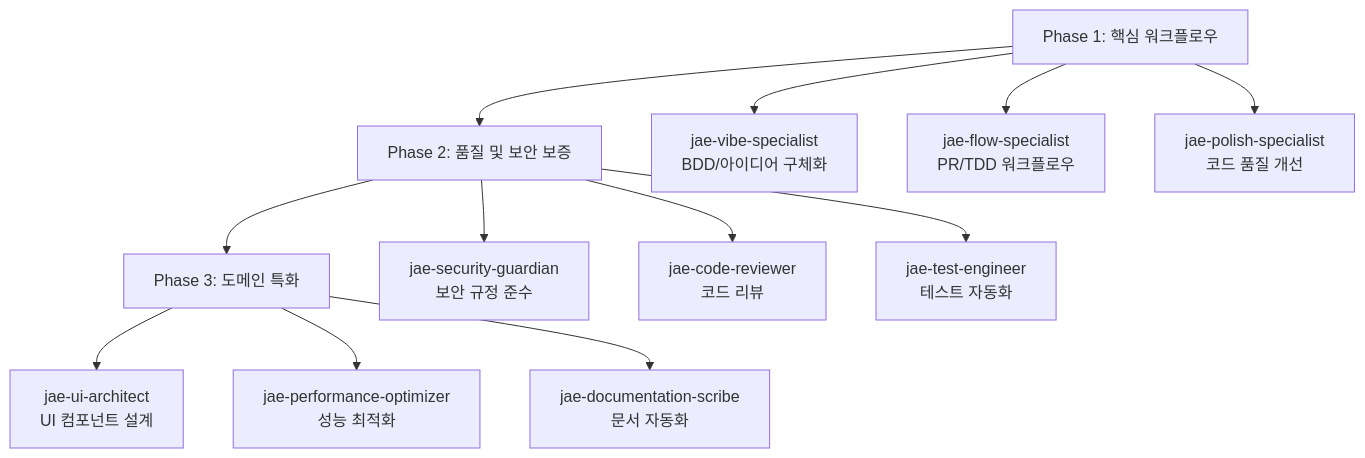
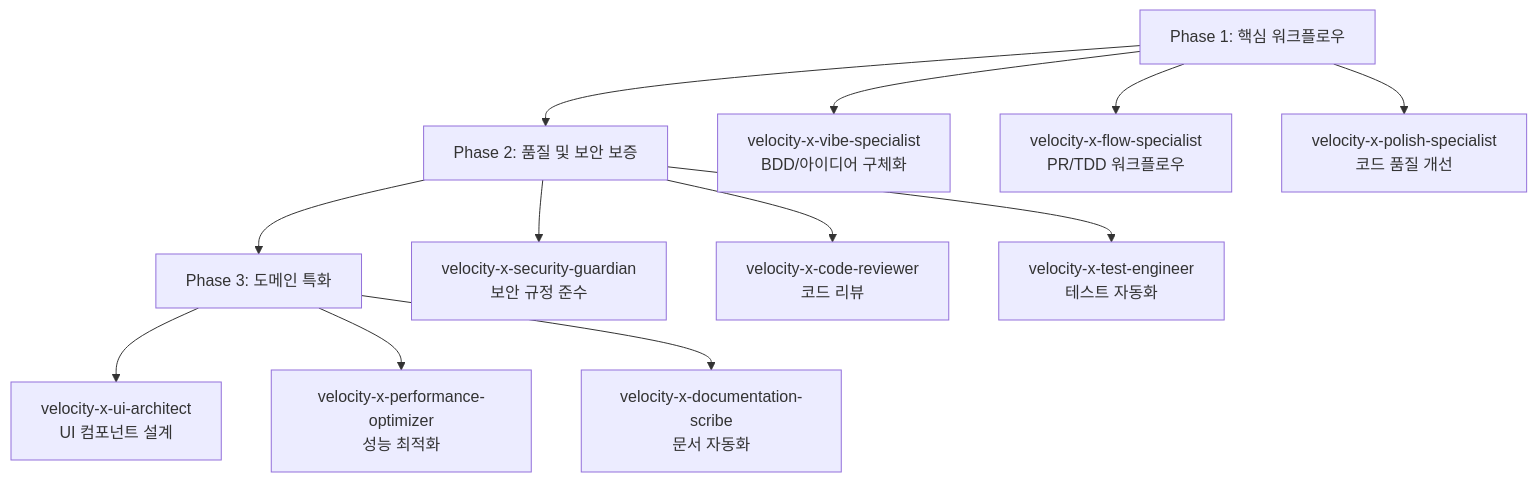
The diagram in README.md (jayleekr/protocol-jae), drawn with Mermaid before and after one commit. The commit also changed other lines of this file and 349 other files, not shown here.

First line of the commit message:
Rename project from JAE to VELOCITY-X

````diff
--- a/README.md
+++ b/README.md
@@ -22,17 +22,17 @@
 ```mermaid
 graph TD
     A[Phase 1: 핵심 워크플로우] --> B[Phase 2: 품질 및 보안 보증]
     B --> C[Phase 3: 도메인 특화]
     
-    A --> A1[jae-vibe-specialist<br/>BDD/아이디어 구체화]
-    A --> A2[jae-flow-specialist<br/>PR/TDD 워크플로우]
-    A --> A3[jae-polish-specialist<br/>코드 품질 개선]
+    A --> A1[velocity-x-vibe-specialist<br/>BDD/아이디어 구체화]
+    A --> A2[velocity-x-flow-specialist<br/>PR/TDD 워크플로우]
+    A --> A3[velocity-x-polish-specialist<br/>코드 품질 개선]
     
-    B --> B1[jae-security-guardian<br/>보안 규정 준수]
-    B --> B2[jae-code-reviewer<br/>코드 리뷰]
-    B --> B3[jae-test-engineer<br/>테스트 자동화]
+    B --> B1[velocity-x-security-guardian<br/>보안 규정 준수]
+    B --> B2[velocity-x-code-reviewer<br/>코드 리뷰]
+    B --> B3[velocity-x-test-engineer<br/>테스트 자동화]
     
-    C --> C1[jae-ui-architect<br/>UI 컴포넌트 설계]
-    C --> C2[jae-performance-optimizer<br/>성능 최적화]
-    C --> C3[jae-documentation-scribe<br/>문서 자동화]
+    C --> C1[velocity-x-ui-architect<br/>UI 컴포넌트 설계]
+    C --> C2[velocity-x-performance-optimizer<br/>성능 최적화]
+    C --> C3[velocity-x-documentation-scribe<br/>문서 자동화]
 ```
````
